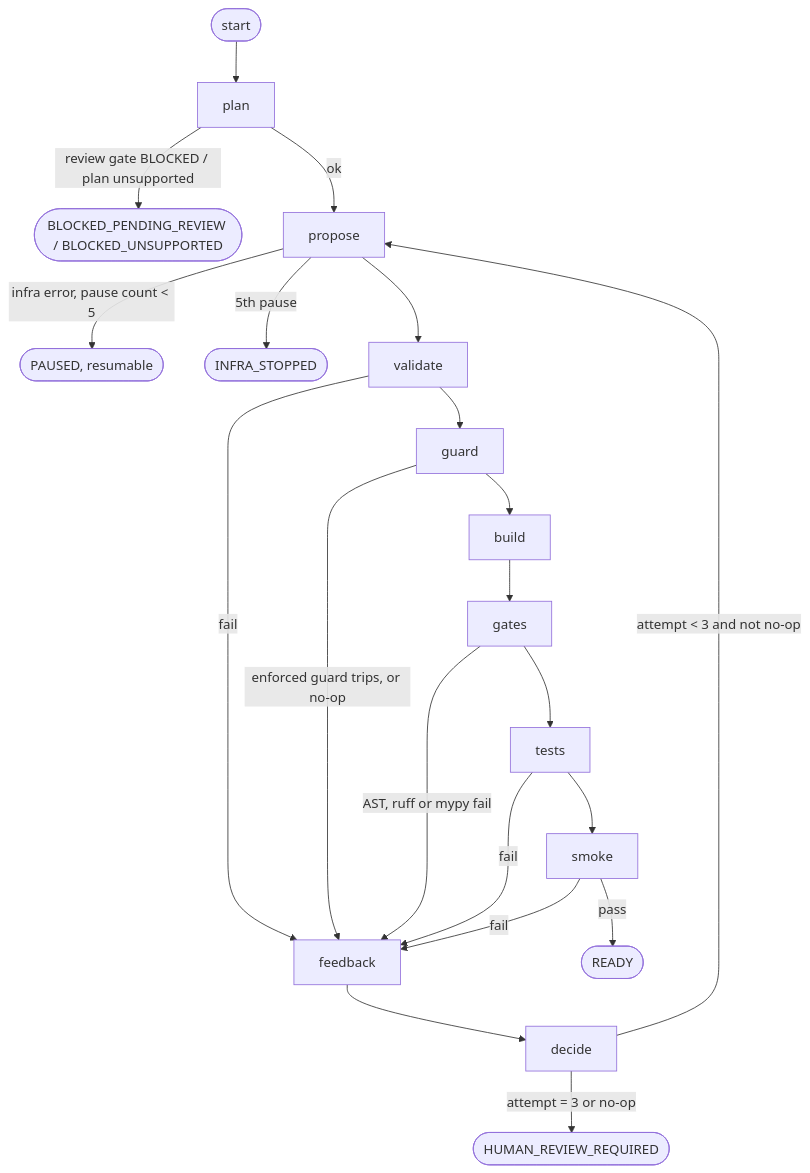
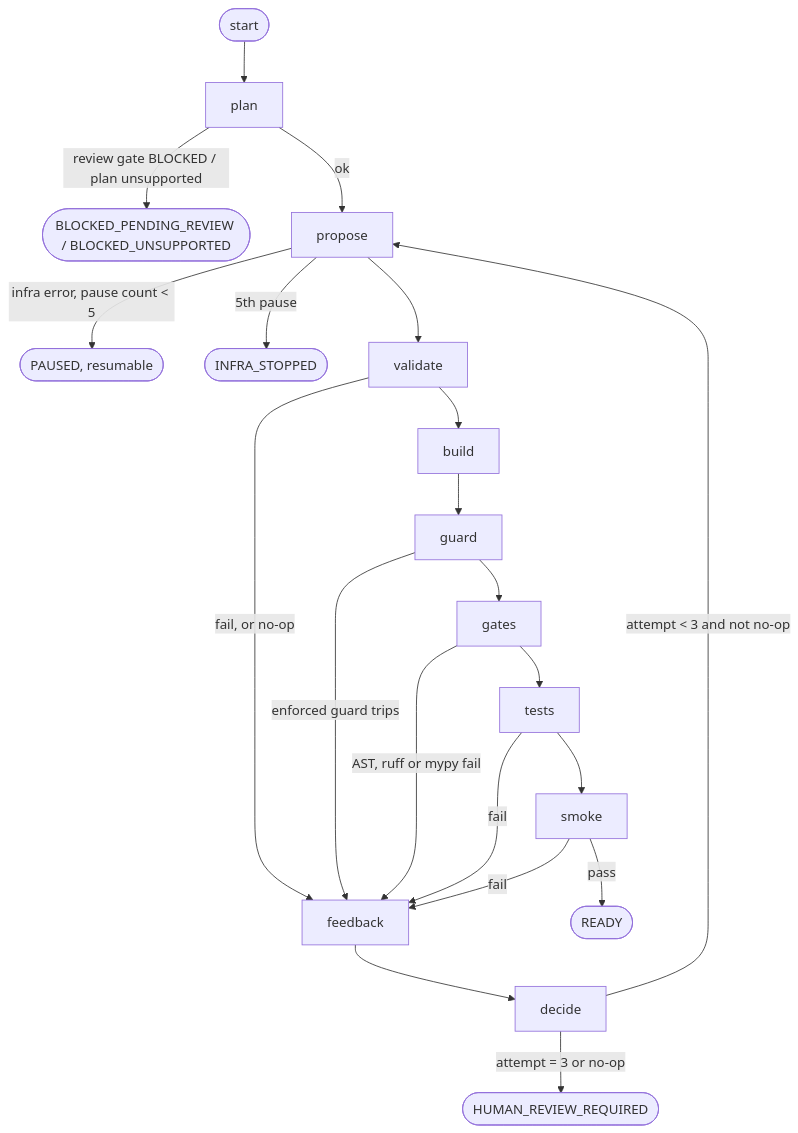
The diagram in docs/plans/v0.5-repair-plan.md (vahinichilukamarri/MORPH-Autonomous-AI-Integration-Engineer), drawn with Mermaid before and after one commit. The commit also changed other lines of this file and 1 other file, not shown here.

````diff
--- a/docs/plans/v0.5-repair-plan.md
+++ b/docs/plans/v0.5-repair-plan.md
@@ -62,23 +65,23 @@
 ```mermaid
 flowchart TD
   S([start]) --> plan
   plan -->|review gate BLOCKED / plan unsupported| T1([BLOCKED_PENDING_REVIEW / BLOCKED_UNSUPPORTED])
   plan -->|ok| propose
   propose -->|infra error, pause count < 5| P([PAUSED, resumable])
   propose -->|5th pause| T4([INFRA_STOPPED])
   propose --> validate
-  validate -->|fail| feedback
-  validate --> guard
-  guard -->|enforced guard trips, or no-op| feedback
-  guard --> build
-  build --> gates
+  validate -->|fail, or no-op| feedback
+  validate --> build
+  build --> guard
+  guard -->|enforced guard trips| feedback
+  guard --> gates
   gates -->|AST, ruff or mypy fail| feedback
   gates --> tests
   tests -->|fail| feedback
   tests --> smoke
   smoke -->|fail| feedback
   smoke -->|pass| T2([READY])
   feedback --> decide
   decide -->|attempt < 3 and not no-op| propose
   decide -->|attempt = 3 or no-op| T3([HUMAN_REVIEW_REQUIRED])
 ```
````
